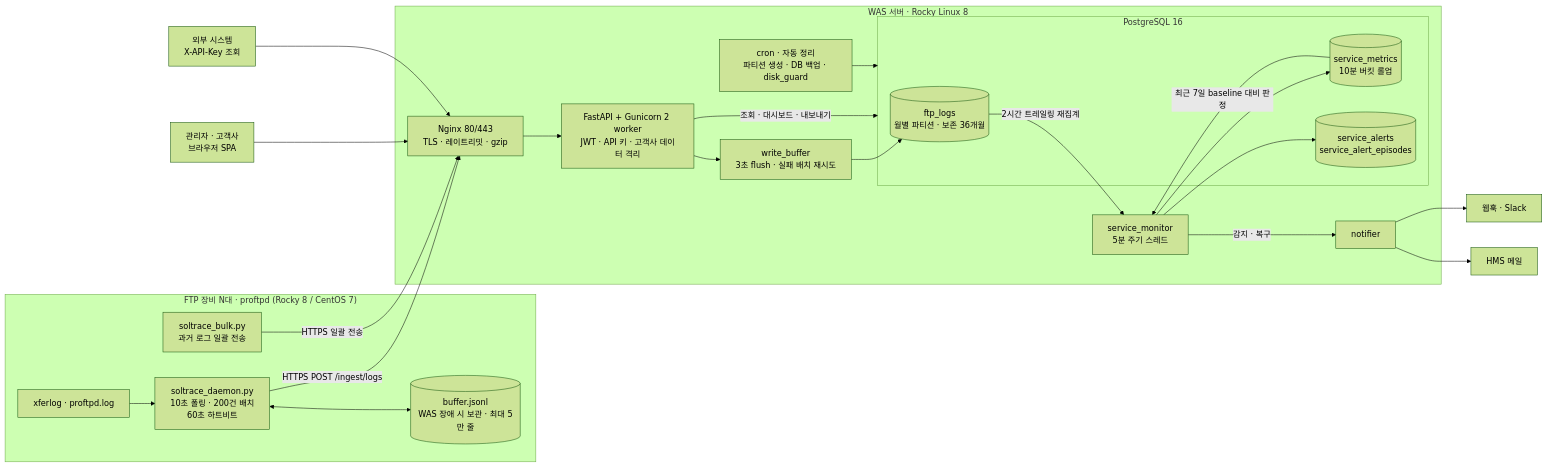
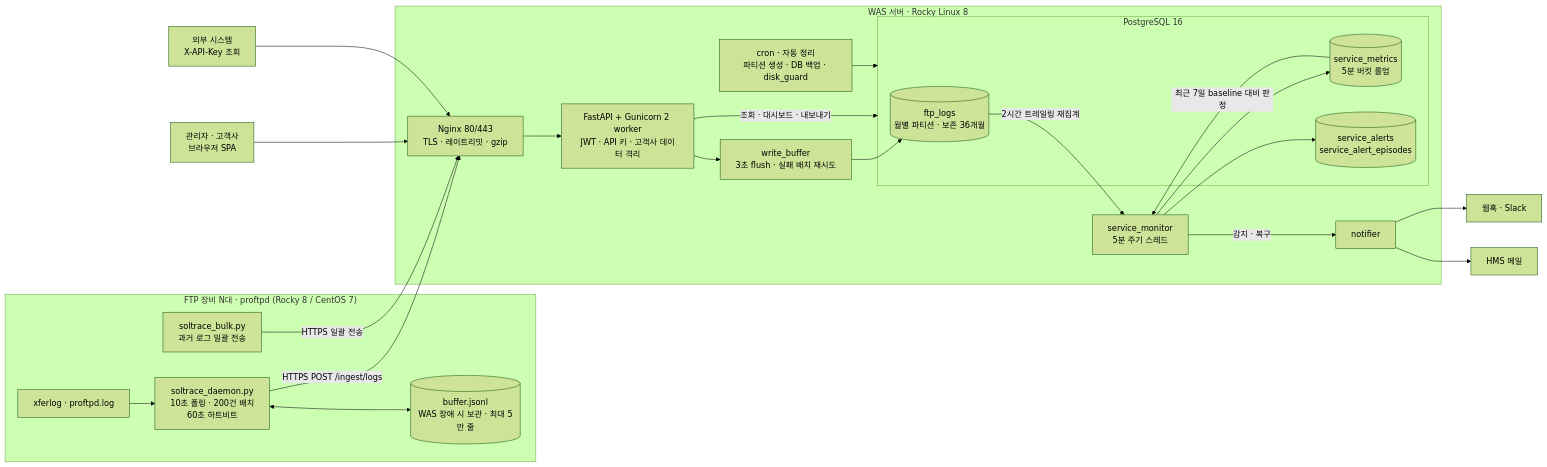
Before and after one commit to juandjoo/soltrace: the diagram in README.md, drawn with Mermaid (forest theme). The commit also changed other lines of this file and 12 other files, not shown here.

````diff
--- a/README.md
+++ b/README.md
@@ -12,46 +12,46 @@
 ```mermaid
 flowchart LR
     subgraph EDGE["FTP 장비 N대 · proftpd (Rocky 8 / CentOS 7)"]
         LOG["xferlog · proftpd.log"]
         DAEMON["soltrace_daemon.py<br/>10초 폴링 · 200건 배치<br/>60초 하트비트"]
         DBUF[("buffer.jsonl<br/>WAS 장애 시 보관 · 최대 5만 줄")]
         BULK["soltrace_bulk.py<br/>과거 로그 일괄 전송"]
         LOG --> DAEMON
         DAEMON <--> DBUF
     end
 
     subgraph WASBOX["WAS 서버 · Rocky Linux 8"]
         NGINX["Nginx 80/443<br/>TLS · 레이트리밋 · gzip"]
         API["FastAPI + Gunicorn 2 worker<br/>JWT · API 키 · 고객사 데이터 격리"]
         WBUF["write_buffer<br/>3초 flush · 실패 배치 재시도"]
         MON["service_monitor<br/>5분 주기 스레드"]
         NOTI["notifier"]
         subgraph PG["PostgreSQL 16"]
             TLOG[("ftp_logs<br/>월별 파티션 · 보존 36개월")]
-            TMET[("service_metrics<br/>10분 버킷 롤업")]
+            TMET[("service_metrics<br/>5분 버킷 롤업")]
             TALT[("service_alerts<br/>service_alert_episodes")]
         end
         OPS["cron · 자동 정리<br/>파티션 생성 · DB 백업 · disk_guard"]
     end
 
     UI["관리자 · 고객사<br/>브라우저 SPA"]
     EXT["외부 시스템<br/>X-API-Key 조회"]
     WH["웹훅 · Slack"]
     MAIL["HMS 메일"]
 
     DAEMON -- "HTTPS POST /ingest/logs" --> NGINX
     BULK -- "HTTPS 일괄 전송" --> NGINX
     UI --> NGINX
     EXT --> NGINX
     NGINX --> API
     API --> WBUF --> TLOG
     API -- "조회 · 대시보드 · 내보내기" --> PG
     TLOG -- "2시간 트레일링 재집계" --> MON
     MON --> TMET
     TMET -- "최근 7일 baseline 대비 판정" --> MON
     MON --> TALT
     MON -- "감지 · 복구" --> NOTI
     NOTI --> WH
     NOTI --> MAIL
     OPS --> PG
 ```
````
